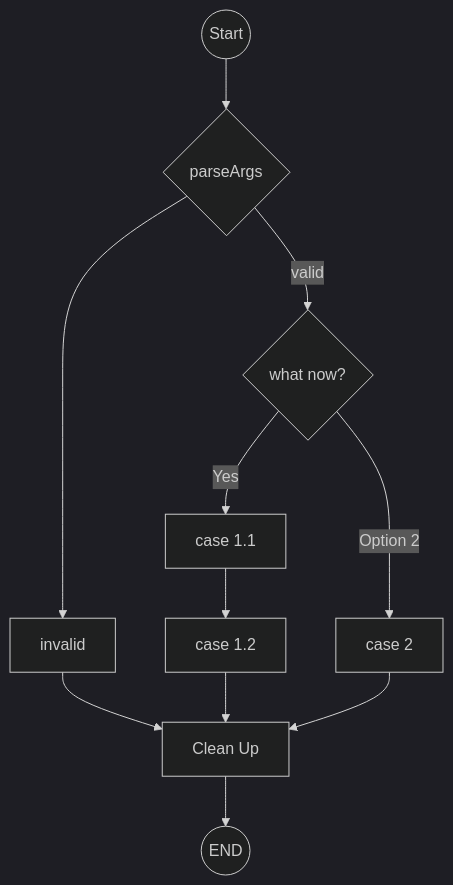
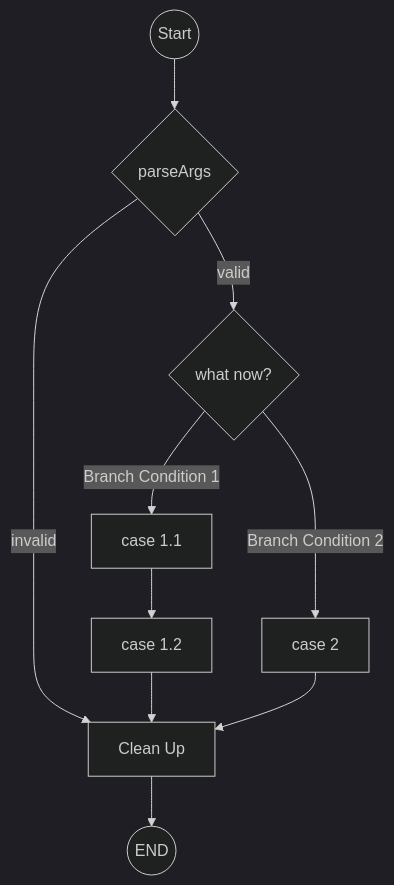
Before and after one commit to lostflux/mermaid-basic: the first of 3 diagrams in README.md, drawn with Mermaid (dark theme). The commit also changed other lines of this file, not shown here.

````diff
--- a/README.md
+++ b/README.md
@@ -5,12 +31,12 @@
 ```mermaid
-flowchart TD;
-  A((Start))-->B{parseArgs};
-  B -- valid --> C{what now?}
-  B --> invalid --> Z[Clean Up]
-  C-- Yes -->D[case 1.1];
-  C-- Option 2 -->E[case 2]
-  D --> G[case 1.2]
-  G --> Z
-  E --> Z
-  Z --> A2((END))
+  flowchart TD;
+    A((Start)) --> B{parseArgs}
+    B -- valid --> C{what now?}
+    B -- invalid --> Z[Clean Up]
+    C -- Branch Condition 1 --> D[case 1.1]
+    C -- Branch Condition 2 -->  E[case 2]
+    D --> G[case 1.2]
+    G --> Z
+    E --> Z
+    Z --> A2((END))
 ```
````
